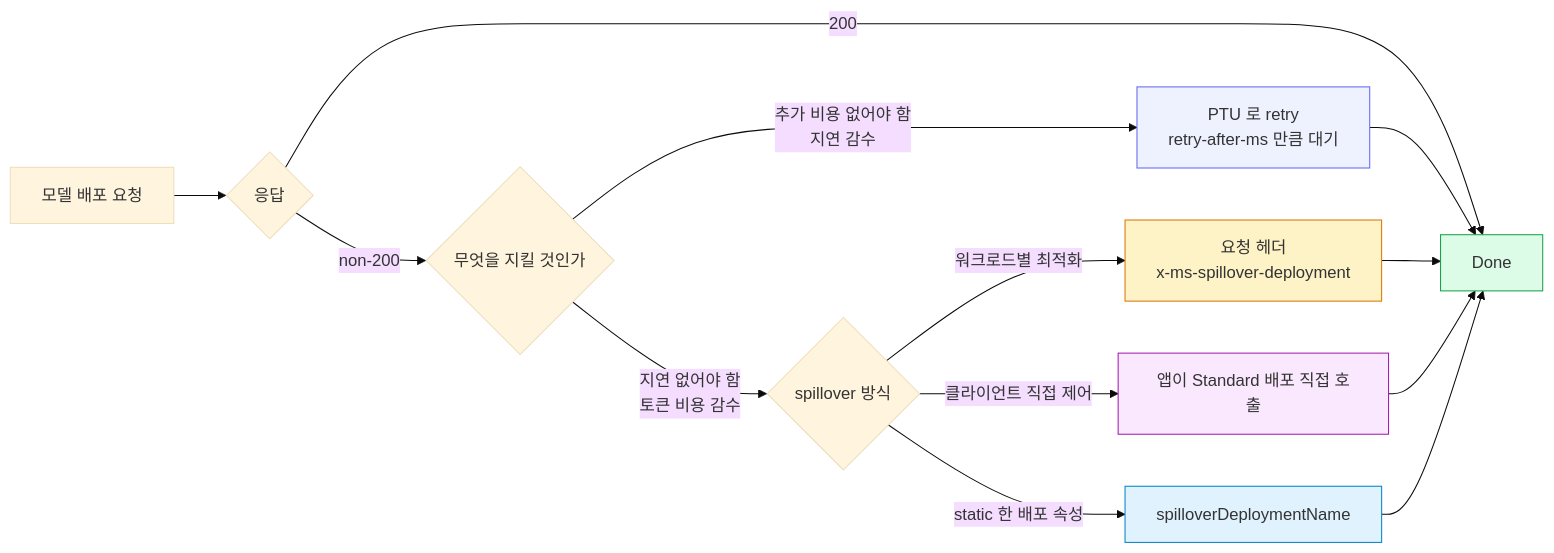
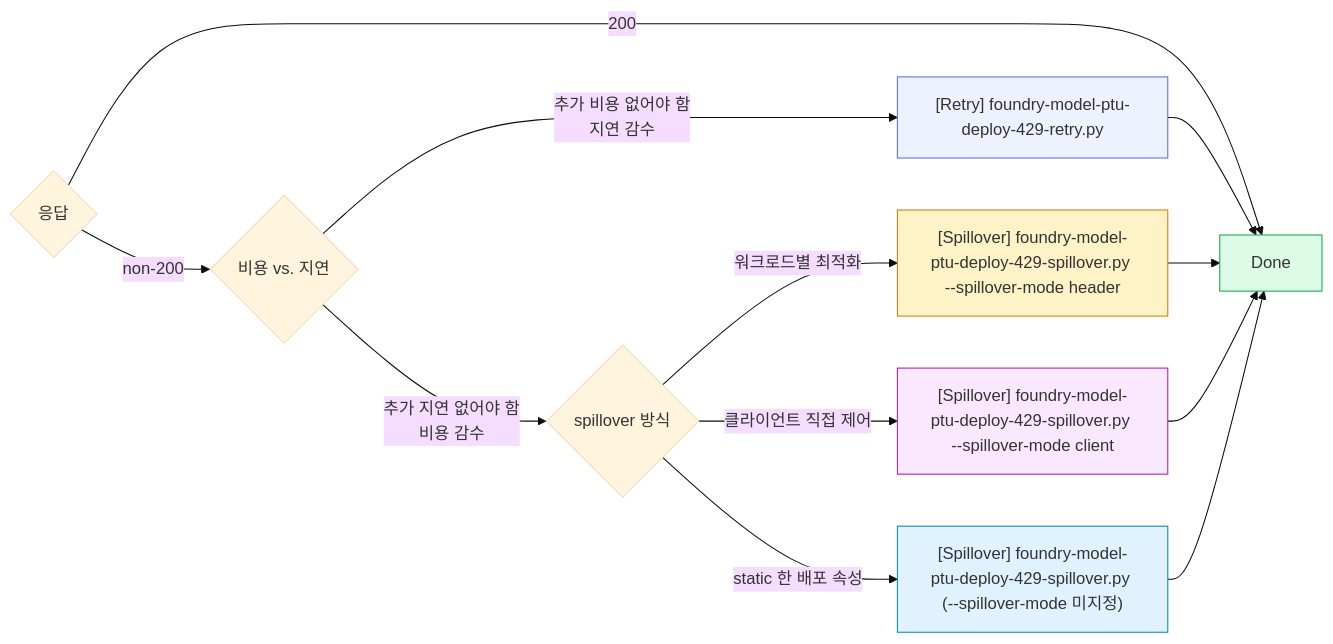
The sixth of 6 diagrams in README.md (ivorycloud1013/lab-azure-guide-foundry-ptu), drawn with Mermaid (base theme) before and after one commit. The commit also changed other lines of this file, not shown here.

First line of the commit message:
docs: 4. 마무리를 결정 다이어그램 중심으로 정리

````diff
--- a/README.md
+++ b/README.md
@@ -422,24 +417,24 @@
 ```mermaid
 flowchart LR
-    Req["모델 배포 요청"] --> Code{"응답"}
+    Code{"응답"}
     Code -->|"200"| Done["Done"]
-    Code -->|"non-200"| Trade{"무엇을 지킬 것인가"}
+    Code -->|"non-200"| Trade{"비용 vs. 지연"}
 
-    Trade -->|"추가 비용 없어야 함<br/>지연 감수"| Retry["PTU 로 retry<br/>retry-after-ms 만큼 대기"]
-    Trade -->|"지연 없어야 함<br/>토큰 비용 감수"| Spill{"spillover 방식"}
+    Trade -->|"추가 비용 없어야 함<br/>지연 감수"| Retry["[Retry] foundry-model-ptu-deploy-429-retry.py"]
+    Trade -->|"추가 지연 없어야 함<br/>비용 감수"| Spill{"spillover 방식"}
 
-    Spill -->|"워크로드별 최적화"| Header["요청 헤더<br/>x-ms-spillover-deployment"]
-    Spill -->|"클라이언트 직접 제어"| Client["앱이 Standard 배포 직접 호출"]
-    Spill -->|"static 한 배포 속성"| Prop["spilloverDeploymentName"]
+    Spill -->|"워크로드별 최적화"| Header["[Spillover] foundry-model-ptu-deploy-429-spillover.py --spillover-mode header"]
+    Spill -->|"클라이언트 직접 제어"| Client["[Spillover] foundry-model-ptu-deploy-429-spillover.py --spillover-mode client"]
+    Spill -->|"static 한 배포 속성"| Prop["[Spillover] foundry-model-ptu-deploy-429-spillover.py (--spillover-mode 미지정)"]
 
     Retry --> Done
     Header --> Done
     Client --> Done
     Prop --> Done
 
     style Done fill:#dcfce7,stroke:#16a34a
     style Retry fill:#eef2ff,stroke:#6366f1
     style Header fill:#fef3c7,stroke:#d97706
     style Client fill:#fae8ff,stroke:#a21caf
     style Prop fill:#e0f2fe,stroke:#0284c7
 ```
````
